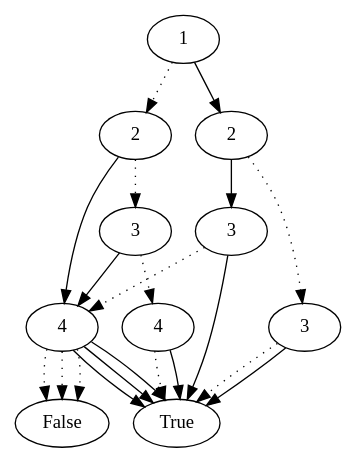
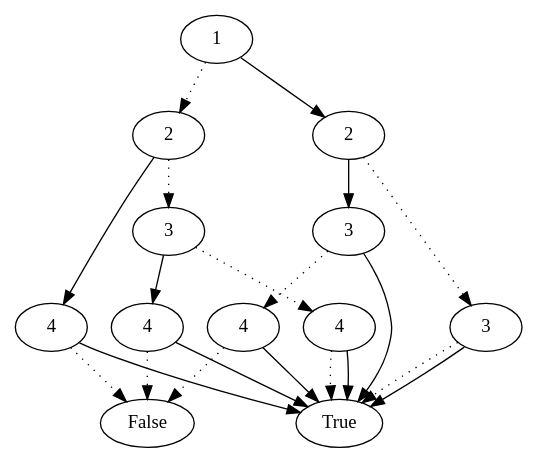
Before and after one commit to Tinshea/Zero-Suppressed-Binary-Decision-Diagram: the diagram in monfichier.dot, drawn with Graphviz. The commit also changed 4 other files, not shown here.

```diff
--- a/monfichier.dot
+++ b/monfichier.dot
@@ -1,43 +1,43 @@
 digraph  {
-  981650305232 [label = 1];
-  981650305232 -> 981650309000 [style=dotted] 
-  981650305232 -> 981650306420  
-  981650309000 [label = 2];
-  981650309000 -> 981650310472 [style=dotted] 
-  981650309000 -> 981650310832  
-  981650310472 [label = 3];
-  981650310472 -> 981650311272 [style=dotted] 
-  981650310472 -> 981650310832  
-  981650311272 [label = 4];
-  981650311272 -> 981650311612 [style=dotted] 
-  981650311272 -> 981650311612  
- 981650311612 [label = True] 
- 981650311612 [label = True] 
-  981650310832 [label = 4];
-  981650310832 -> 981650311160 [style=dotted] 
-  981650310832 -> 981650311612  
-  981650311160 [label = False] 
- 981650311612 [label = True] 
-  981650310832 [label = 4];
-  981650310832 -> 981650311160 [style=dotted] 
-  981650310832 -> 981650311612  
-  981650311160 [label = False] 
- 981650311612 [label = True] 
-  981650306420 [label = 2];
-  981650306420 -> 981650308060 [style=dotted] 
-  981650306420 -> 981650307032  
-  981650308060 [label = 3];
-  981650308060 -> 981650311612 [style=dotted] 
-  981650308060 -> 981650311612  
- 981650311612 [label = True] 
- 981650311612 [label = True] 
-  981650307032 [label = 3];
-  981650307032 -> 981650310832 [style=dotted] 
-  981650307032 -> 981650311612  
-  981650310832 [label = 4];
-  981650310832 -> 981650311160 [style=dotted] 
-  981650310832 -> 981650311612  
-  981650311160 [label = False] 
- 981650311612 [label = True] 
- 981650311612 [label = True] 
+  70357272520704 [label = 1];
+  70357272520704 -> 70357272528288 [style=dotted] 
+  70357272520704 -> 70357272522780  
+  70357272528288 [label = 2];
+  70357272528288 -> 70357272530884 [style=dotted] 
+  70357272528288 -> 70357272530008  
+  70357272530884 [label = 3];
+  70357272530884 -> 70357272532352 [style=dotted] 
+  70357272530884 -> 70357272531556  
+  70357272532352 [label = 4];
+  70357272532352 -> 70357272532784 [style=dotted] 
+  70357272532352 -> 70357272532784  
+ 70357272532784 [label = True] 
+ 70357272532784 [label = True] 
+  70357272531556 [label = 4];
+  70357272531556 -> 70357272532112 [style=dotted] 
+  70357272531556 -> 70357272532784  
+  70357272532112 [label = False] 
+ 70357272532784 [label = True] 
+  70357272530008 [label = 4];
+  70357272530008 -> 70357272532112 [style=dotted] 
+  70357272530008 -> 70357272532784  
+  70357272532112 [label = False] 
+ 70357272532784 [label = True] 
+  70357272522780 [label = 2];
+  70357272522780 -> 70357272526512 [style=dotted] 
+  70357272522780 -> 70357272524064  
+  70357272526512 [label = 3];
+  70357272526512 -> 70357272532784 [style=dotted] 
+  70357272526512 -> 70357272532784  
+ 70357272532784 [label = True] 
+ 70357272532784 [label = True] 
+  70357272524064 [label = 3];
+  70357272524064 -> 70357272525408 [style=dotted] 
+  70357272524064 -> 70357272532784  
+  70357272525408 [label = 4];
+  70357272525408 -> 70357272532112 [style=dotted] 
+  70357272525408 -> 70357272532784  
+  70357272532112 [label = False] 
+ 70357272532784 [label = True] 
+ 70357272532784 [label = True] 
 }
```
